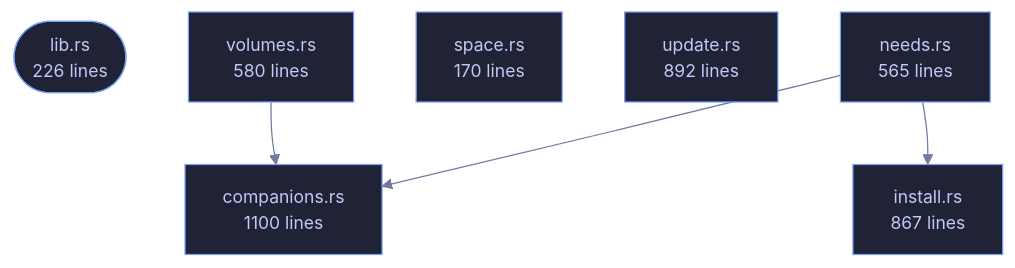
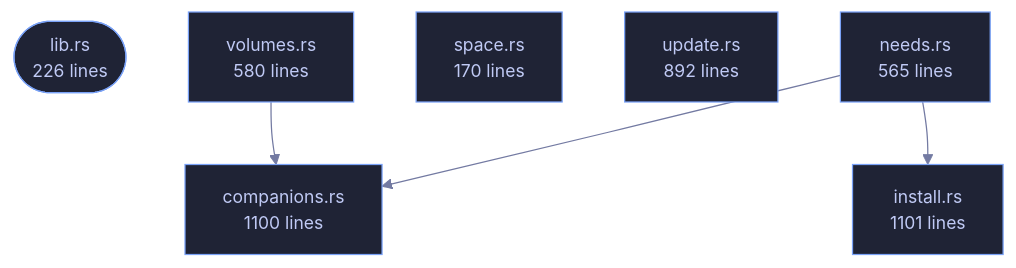
The diagram in crates/veilvoice-setup/README.md (tilas01/veilvoice), drawn with Mermaid before and after one commit. The commit also changed other lines of this file and 15 other files, not shown here.

````diff
--- a/crates/veilvoice-setup/README.md
+++ b/crates/veilvoice-setup/README.md
@@ -108,21 +108,21 @@
 ```mermaid
 %%{init: {"theme":"base","themeVariables":{"background":"#1a1b26","primaryColor":"#1f2335","primaryTextColor":"#c0caf5","primaryBorderColor":"#7aa2f7","secondaryColor":"#16161e","tertiaryColor":"#16161e","lineColor":"#737aa2","textColor":"#c0caf5","mainBkg":"#1f2335","nodeBorder":"#7aa2f7","clusterBkg":"#16161e","clusterBorder":"#2f3549","fontFamily":"ui-monospace, SFMono-Regular, Consolas, monospace","fontSize":"14px"}}}%%
 flowchart TD
     n_lib(["lib.rs<br/>226 lines"])
     n_companions["companions.rs<br/>1100 lines"]
-    n_install["install.rs<br/>867 lines"]
+    n_install["install.rs<br/>1101 lines"]
     n_needs["needs.rs<br/>565 lines"]
     n_space["space.rs<br/>170 lines"]
     n_update["update.rs<br/>892 lines"]
     n_volumes["volumes.rs<br/>580 lines"]
     n_needs --> n_companions
     n_needs --> n_install
     n_volumes --> n_companions
     click n_lib href "https://github.com/tilas01/veilvoice/blob/main/crates/veilvoice-setup/src/lib.rs" "open the source"
     click n_companions href "https://github.com/tilas01/veilvoice/blob/main/crates/veilvoice-setup/src/companions.rs" "open the source"
     click n_install href "https://github.com/tilas01/veilvoice/blob/main/crates/veilvoice-setup/src/install.rs" "open the source"
     click n_needs href "https://github.com/tilas01/veilvoice/blob/main/crates/veilvoice-setup/src/needs.rs" "open the source"
     click n_space href "https://github.com/tilas01/veilvoice/blob/main/crates/veilvoice-setup/src/space.rs" "open the source"
     click n_update href "https://github.com/tilas01/veilvoice/blob/main/crates/veilvoice-setup/src/update.rs" "open the source"
     click n_volumes href "https://github.com/tilas01/veilvoice/blob/main/crates/veilvoice-setup/src/volumes.rs" "open the source"
 ```
````
